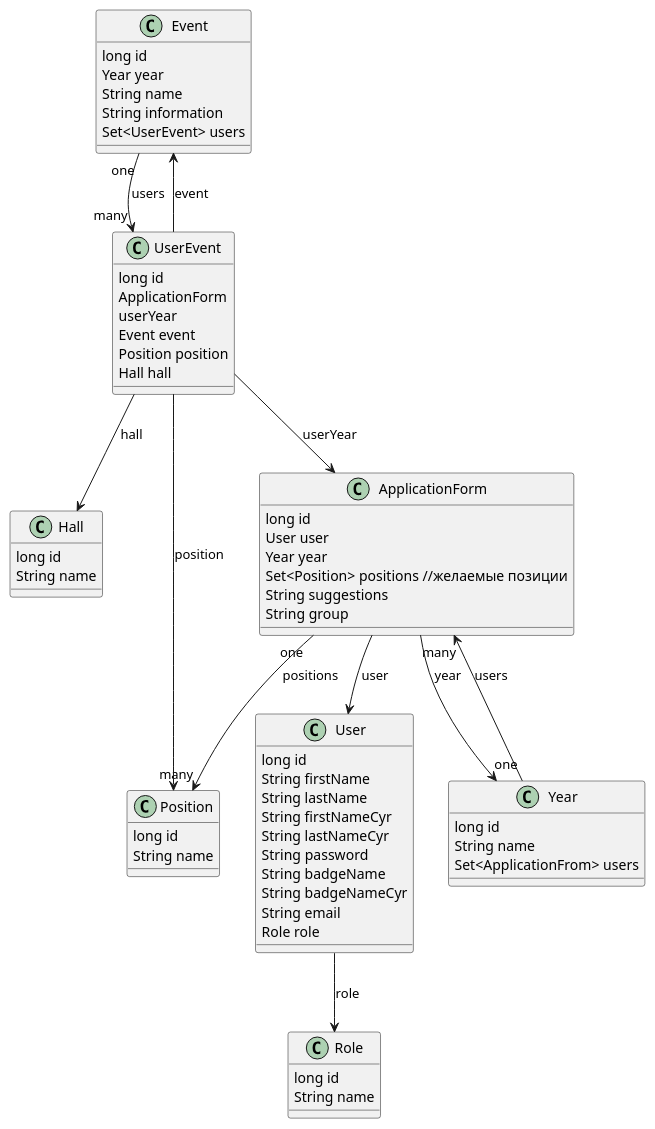
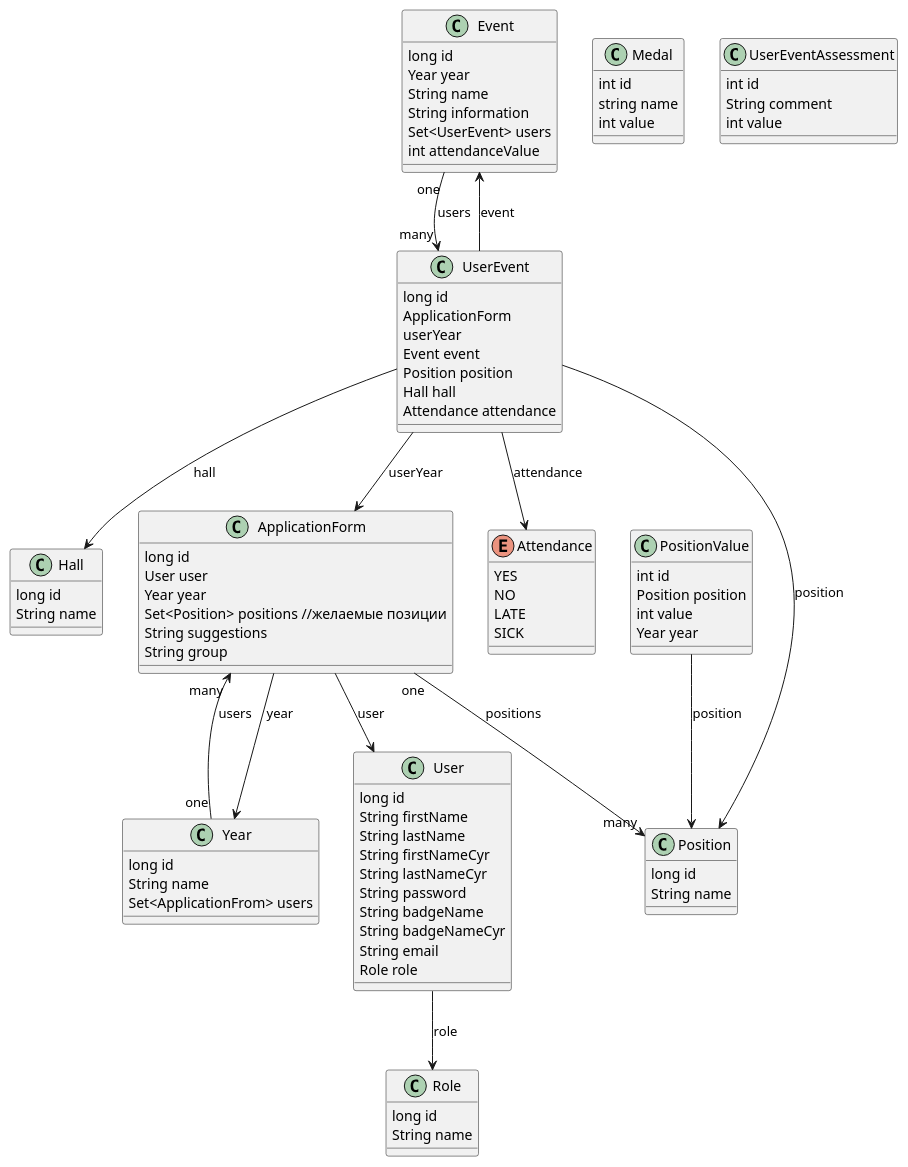
The diagram in database.puml (NEERC/volunteers), drawn with PlantUML before and after one commit.

Commit message:
update puml file

```diff
--- a/database.puml
+++ b/database.puml
@@ -2,77 +2,108 @@
 @startuml
 
 class Event {
     long id
     Year year
     String name
     String information
     Set<UserEvent> users
+    int attendanceValue
 }
 
 class Hall {
     long id
     String name
 }
 
 class Position {
     long id
     String name
 }
 
 class Role {
     long id
     String name
 }
 
 class User {
     long id
     String firstName
     String lastName
     String firstNameCyr
     String lastNameCyr
     String password
     String badgeName
     String badgeNameCyr
     String email
     Role role
 }
 
 class UserEvent {
     long id
     ApplicationForm
     userYear
     Event event
     Position position
     Hall hall
+    Attendance attendance
+}
+
+enum Attendance {
+    YES
+    NO
+    LATE
+    SICK
 }
 
 class ApplicationForm {
     long id
     User user
     Year year
     Set<Position> positions //желаемые позиции
     String suggestions
     String group
 }
 
 class Year {
     long id
     String name
     Set<ApplicationFrom> users
 }
 
+class Medal {
+    int id
+    string name
+    int value
+}
+
+class PositionValue {
+    int id
+    Position position
+    int value
+    Year year
+}
+
+class UserEventAssessment {
+    int id
+    String comment
+    int value
+}
+
 User --> Role : role
 ApplicationForm "one" --> "many" Position : positions
 ApplicationForm --> User : user
 Year "one" --> "many" ApplicationForm : users
 
 ApplicationForm --> Year : year
 
 UserEvent --> ApplicationForm : userYear
 UserEvent --> Hall : hall
 UserEvent --> Position : position
 UserEvent --> Event : event
+UserEvent --> Attendance : attendance
+
+PositionValue --> Position : position
 
 Event "one" --> "many" UserEvent : users
 
 @enduml
```
